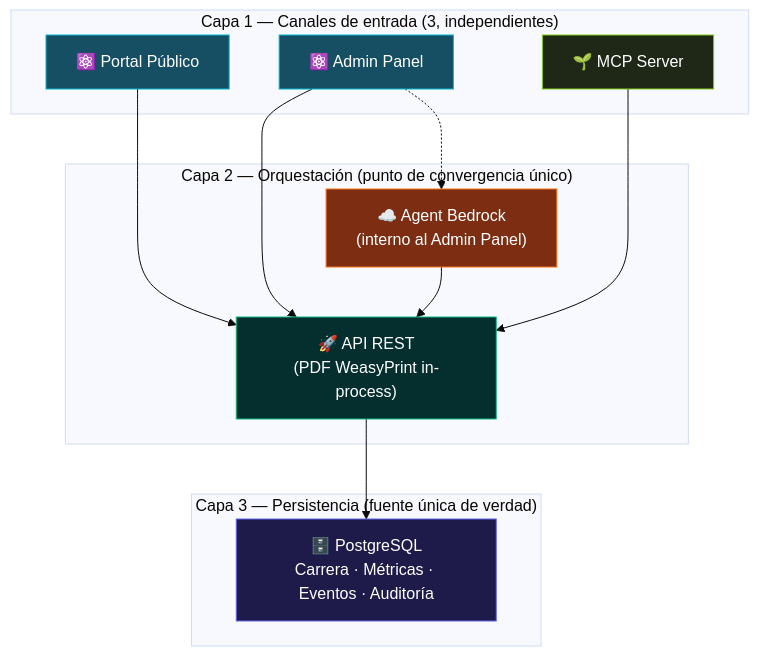
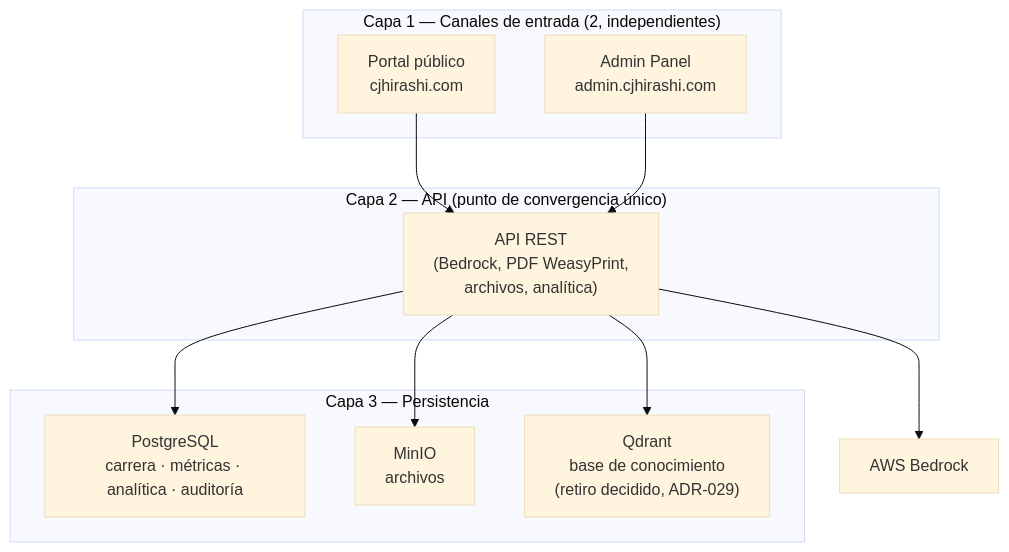
The diagram in docs/04-SOLUTION-STRATEGY.md (cjhirashi/cjhirashi-career), drawn with Mermaid (base theme) before and after one commit. The commit also changed other lines of this file and 28 other files, not shown here.

````diff
--- a/docs/04-SOLUTION-STRATEGY.md
+++ b/docs/04-SOLUTION-STRATEGY.md
@@ -99,38 +65,26 @@
 ```mermaid
 graph TB
-    classDef client fill:#1e293b,stroke:#cbd5e1,color:#fff
-    classDef react fill:#164e63,stroke:#06b6d4,color:#fff
-    classDef nodejs fill:#042f2e,stroke:#10b981,color:#fff
-    classDef utility fill:#1f2817,stroke:#84cc16,color:#fff
-    classDef s3 fill:#7c2d12,stroke:#f97316,color:#fff
-    classDef postgres fill:#1e1b4b,stroke:#6366f1,color:#fff
-
-    subgraph Capa1["Capa 1 — Canales de entrada (3, independientes)"]
-        Portal["⚛️ Portal Público"]
-        Admin["⚛️ Admin Panel"]
-        MCP["🌱 MCP Server"]
+    subgraph Capa1["Capa 1 — Canales de entrada (2, independientes)"]
+        Portal["Portal público<br/>cjhirashi.com"]
+        Admin["Admin Panel<br/>admin.cjhirashi.com"]
     end
 
-    subgraph Capa2["Capa 2 — Orquestación (punto de convergencia único)"]
-        API["🚀 API REST<br/>(PDF WeasyPrint in-process)"]
-        Bedrock["☁️ Agent Bedrock<br/>(interno al Admin Panel)"]
+    subgraph Capa2["Capa 2 — API (punto de convergencia único)"]
+        API["API REST<br/>(Bedrock, PDF WeasyPrint,<br/>archivos, analítica)"]
     end
 
-    subgraph Capa3["Capa 3 — Persistencia (fuente única de verdad)"]
-        DB["🗄️ PostgreSQL<br/>Carrera · Métricas · Eventos · Auditoría"]
+    subgraph Capa3["Capa 3 — Persistencia"]
+        DB["PostgreSQL<br/>carrera · métricas · analítica · auditoría"]
+        S3["MinIO<br/>archivos"]
+        Q["Qdrant<br/>base de conocimiento<br/>(retiro decidido, ADR-029)"]
     end
+
+    AWS["AWS Bedrock"]
 
     Portal --> API
     Admin --> API
-    Admin -.-> Bedrock
-    Bedrock --> API
-    MCP --> API
     API --> DB
-
-    class Portal react
-    class Admin react
-    class MCP utility
-    class API nodejs
-    class Bedrock s3
-    class DB postgres
+    API --> S3
+    API --> Q
+    API --> AWS
 ```
````
